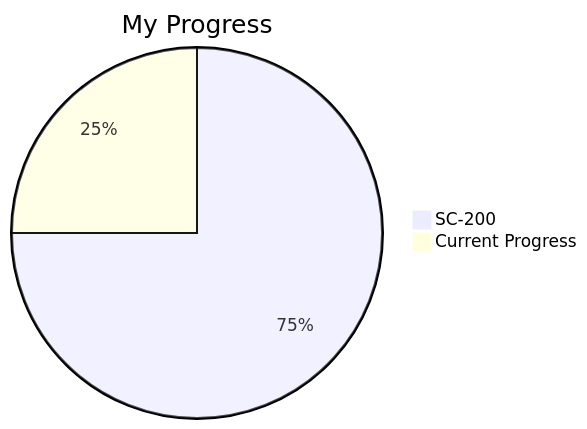
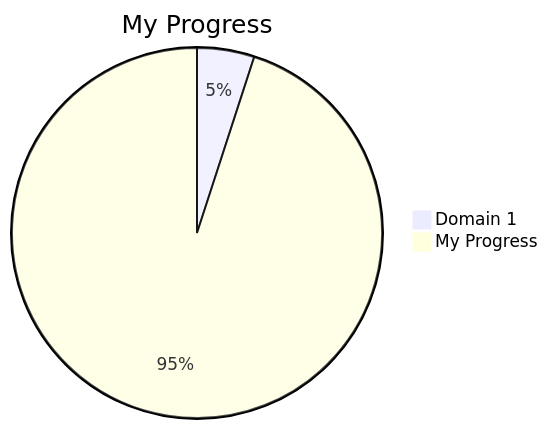
The second of 2 diagrams in Microsoft/sc-200/progress-tracker.md (jalacloud/Certifications), drawn with Mermaid before and after one commit. The commit also changed other lines of this file, not shown here.

````diff
--- a/Microsoft/sc-200/progress-tracker.md
+++ b/Microsoft/sc-200/progress-tracker.md
@@ -12,6 +12,6 @@
 ```mermaid
 pie
   title My Progress
-  "SC-200" : 75
-  "Current Progress" : 25
+  "Domain 1" : 5
+  "My Progress" : 95
 ```
````
